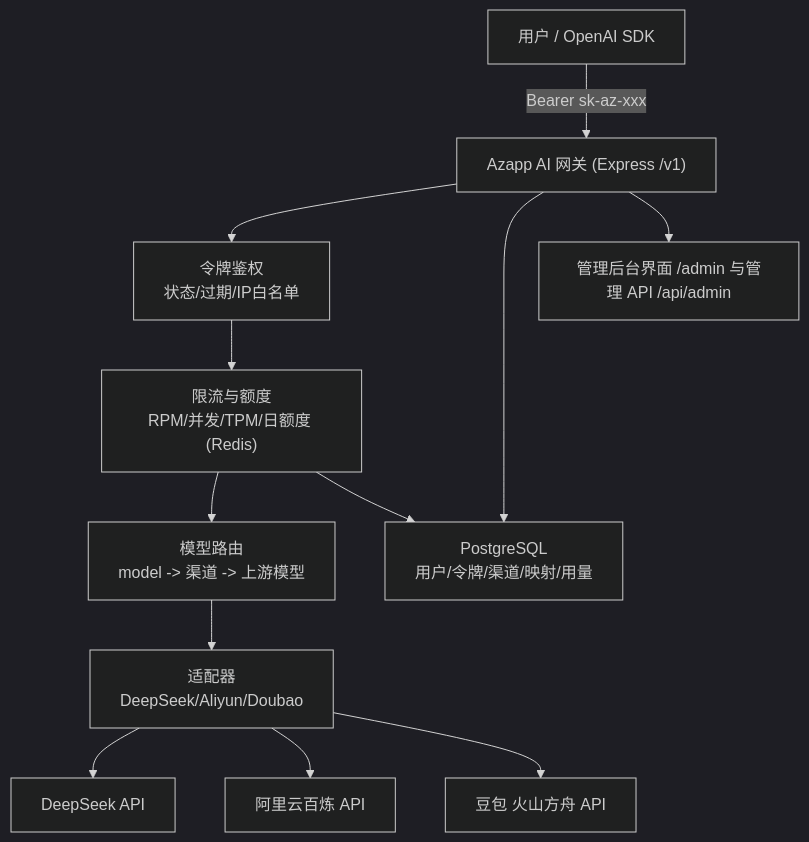
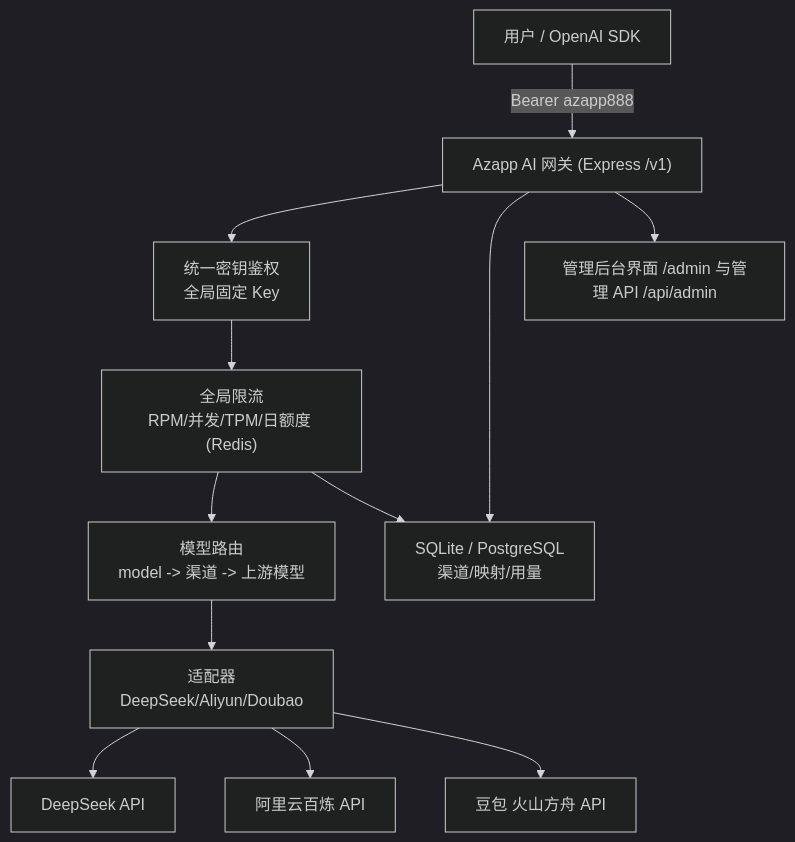
Before and after one commit to Azapp888/AzappApi: the diagram in docs/AI-GATEWAY.md, drawn with Mermaid (dark theme). The commit also changed other lines of this file and 9 other files, not shown here.

````diff
--- a/docs/AI-GATEWAY.md
+++ b/docs/AI-GATEWAY.md
@@ -9,14 +9,14 @@
 ```mermaid
 graph TD
-    C["用户 / OpenAI SDK"] -->|"Bearer sk-az-xxx"| GW["Azapp AI 网关 (Express /v1)"]
-    GW --> AUTH["令牌鉴权<br/>状态/过期/IP白名单"]
-    AUTH --> RL["限流与额度<br/>RPM/并发/TPM/日额度 (Redis)"]
+    C["用户 / OpenAI SDK"] -->|"Bearer azapp888"| GW["Azapp AI 网关 (Express /v1)"]
+    GW --> AUTH["统一密钥鉴权<br/>全局固定 Key"]
+    AUTH --> RL["全局限流<br/>RPM/并发/TPM/日额度 (Redis)"]
     RL --> ROUTE["模型路由<br/>model -> 渠道 -> 上游模型"]
     ROUTE --> ADP["适配器<br/>DeepSeek/Aliyun/Doubao"]
     ADP --> DS["DeepSeek API"]
     ADP --> AL["阿里云百炼 API"]
     ADP --> DB["豆包 火山方舟 API"]
-    GW --> PG["PostgreSQL<br/>用户/令牌/渠道/映射/用量"]
+    GW --> PG["SQLite / PostgreSQL<br/>渠道/映射/用量"]
     RL --> PG
     GW --> LOG["管理后台界面 /admin 与管理 API /api/admin"]
 ```
````
